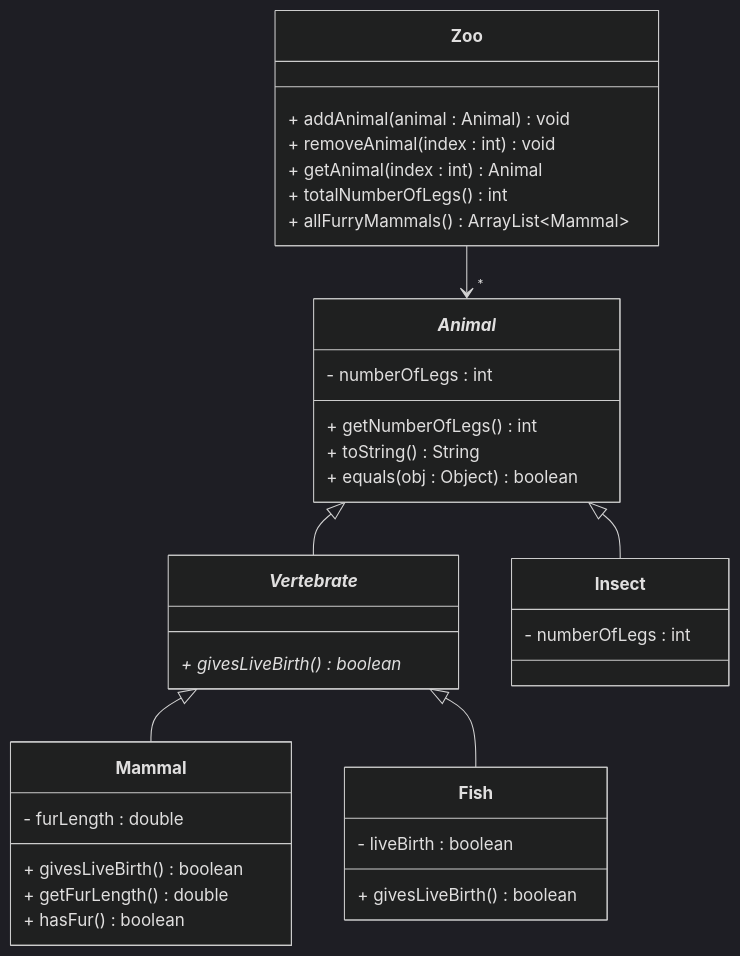
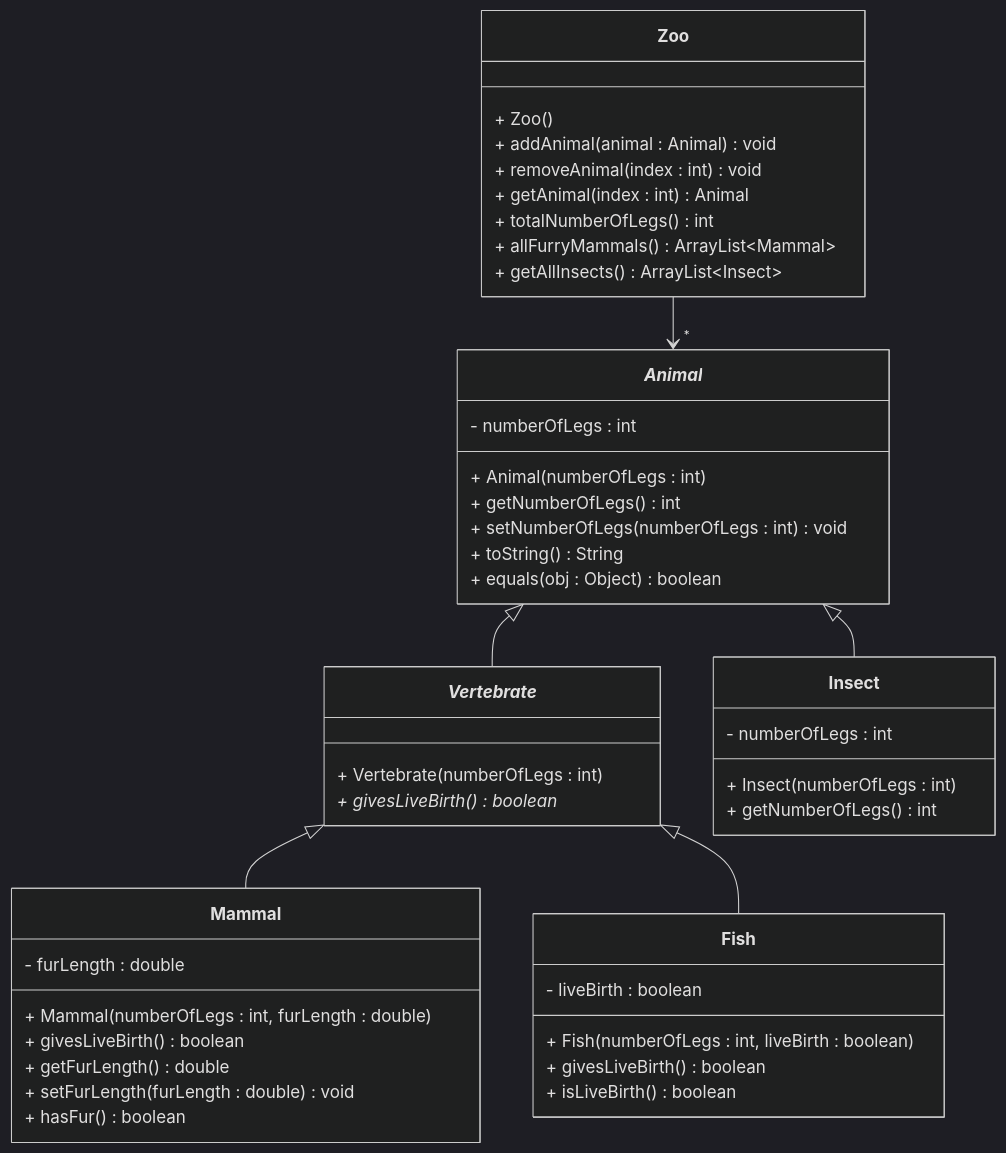
The diagram in Articles/Session 24 - Exam/007 Exercise 6 - Zoo System.md (TroelsMortensen/Codelabs2), drawn with Mermaid (dark theme) before and after one commit. The commit also changed other lines of this file and 9 other files, not shown here.

````diff
--- a/Articles/Session 24 - Exam/007 Exercise 6 - Zoo System.md
+++ b/Articles/Session 24 - Exam/007 Exercise 6 - Zoo System.md
@@ -5,43 +5,54 @@
 ```mermaid
 classDiagram
     class Zoo {
+        + Zoo()
         + addAnimal(animal : Animal) void
         + removeAnimal(index : int) void
         + getAnimal(index : int) Animal
         + totalNumberOfLegs() int
         + allFurryMammals() ArrayList~Mammal~
+        + getAllInsects() ArrayList~Insect~
     }
     
     class _Animal_ {
         - numberOfLegs : int
+        + Animal(numberOfLegs : int)
         + getNumberOfLegs() int
+        + setNumberOfLegs(numberOfLegs : int) void
         + toString() String
         + equals(obj : Object) boolean
     }
     
     class _Vertebrate_ {
+        + Vertebrate(numberOfLegs : int)
         + givesLiveBirth()* boolean
     }
     
     class Insect {
         - numberOfLegs : int
+        + Insect(numberOfLegs : int)
+        + getNumberOfLegs() int
     }
     
     class Mammal {
         - furLength : double
+        + Mammal(numberOfLegs : int, furLength : double)
         + givesLiveBirth() boolean
         + getFurLength() double
+        + setFurLength(furLength : double) void
         + hasFur() boolean
     }
     
     class Fish {
         - liveBirth : boolean
+        + Fish(numberOfLegs : int, liveBirth : boolean)
         + givesLiveBirth() boolean
+        + isLiveBirth() boolean
     }
     
     Zoo --> "*" _Animal_ 
     _Animal_ <|-- _Vertebrate_
     _Animal_ <|-- Insect
     _Vertebrate_ <|-- Mammal
     _Vertebrate_ <|-- Fish
 ```
````
